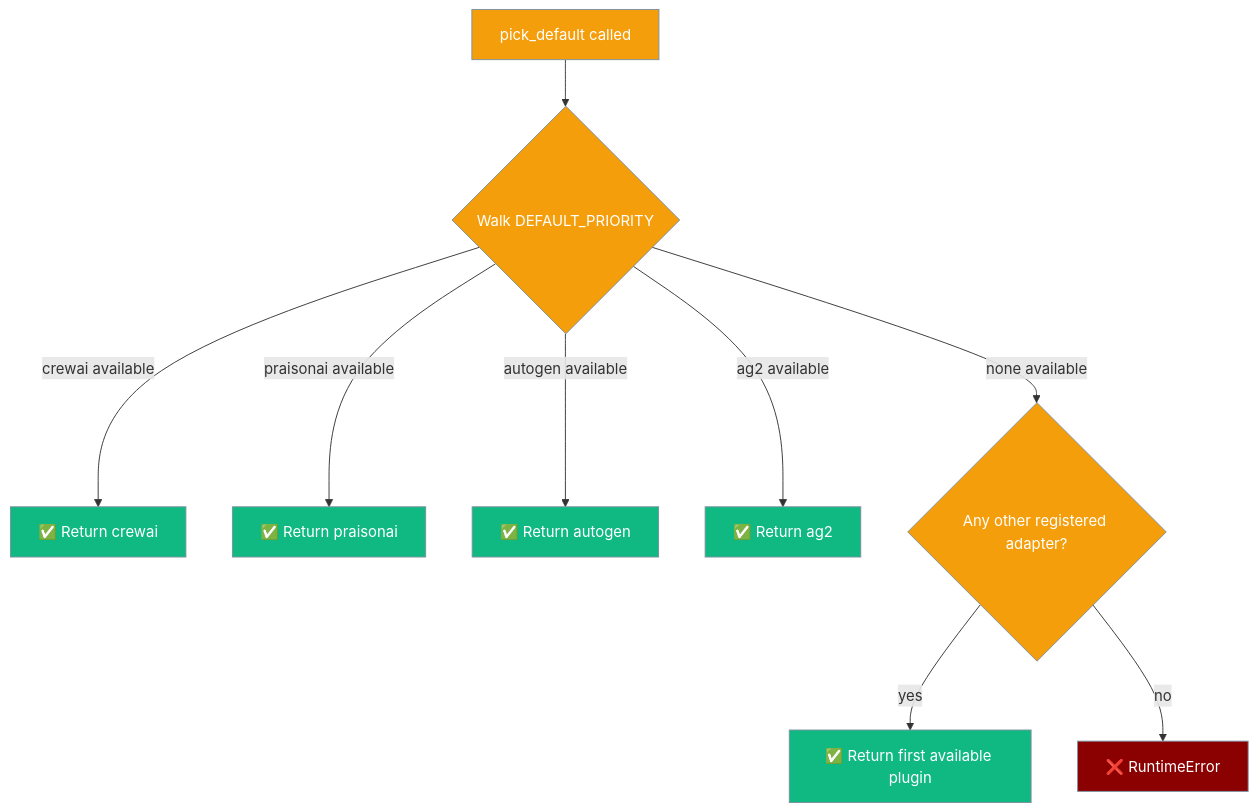
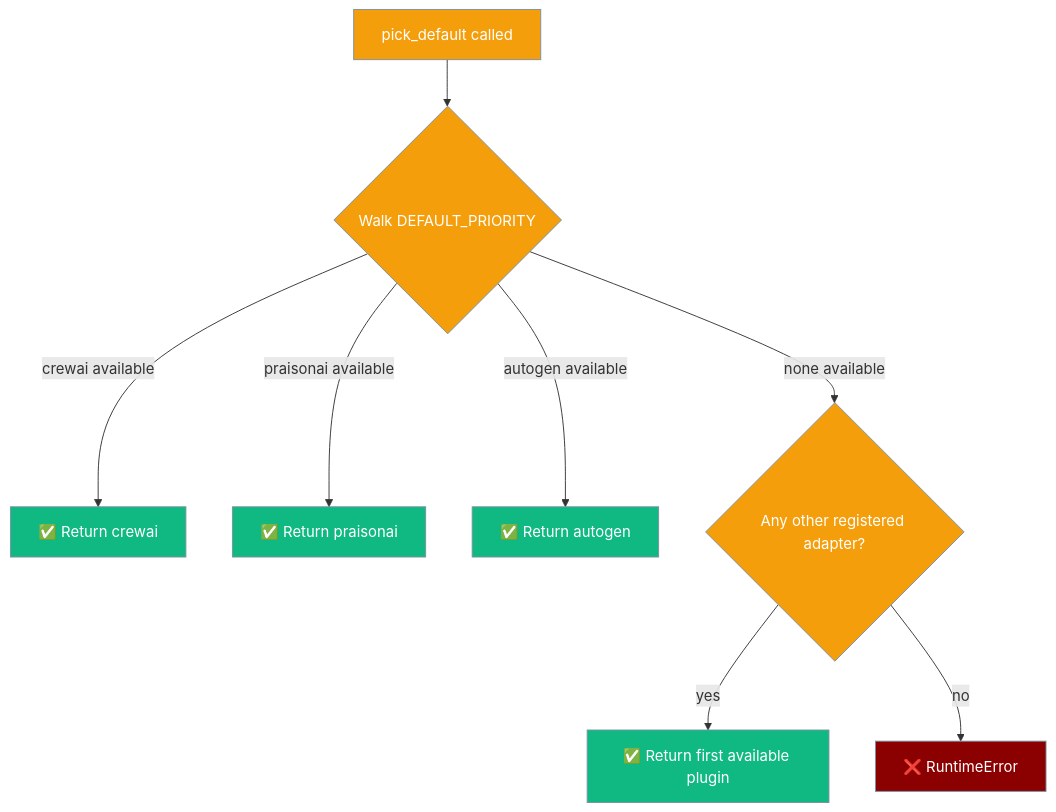
The fourth of 4 diagrams in docs/features/framework-adapter-plugins.mdx (MervinPraison/PraisonAIDocs), drawn with Mermaid before and after one commit. The commit also changed other lines of this file and 5 other files, not shown here.

````diff
--- a/docs/features/framework-adapter-plugins.mdx
+++ b/docs/features/framework-adapter-plugins.mdx
@@ -765,21 +765,20 @@
 ```mermaid
 graph TB
     A[pick_default called] --> B{Walk DEFAULT_PRIORITY}
     B -->|crewai available| C[✅ Return crewai]
     B -->|praisonai available| D[✅ Return praisonai]
     B -->|autogen available| E[✅ Return autogen]
-    B -->|ag2 available| F[✅ Return ag2]
     B -->|none available| G{Any other registered adapter?}
     G -->|yes| H[✅ Return first available plugin]
     G -->|no| I[❌ RuntimeError]
 
     classDef priority fill:#189AB4,stroke:#7C90A0,color:#fff
     classDef success fill:#10B981,stroke:#7C90A0,color:#fff
     classDef fail fill:#8B0000,stroke:#7C90A0,color:#fff
     classDef decision fill:#F59E0B,stroke:#7C90A0,color:#fff
 
     class A,B decision
-    class C,D,E,F,H success
+    class C,D,E,H success
     class G decision
     class I fail
 ```
````
